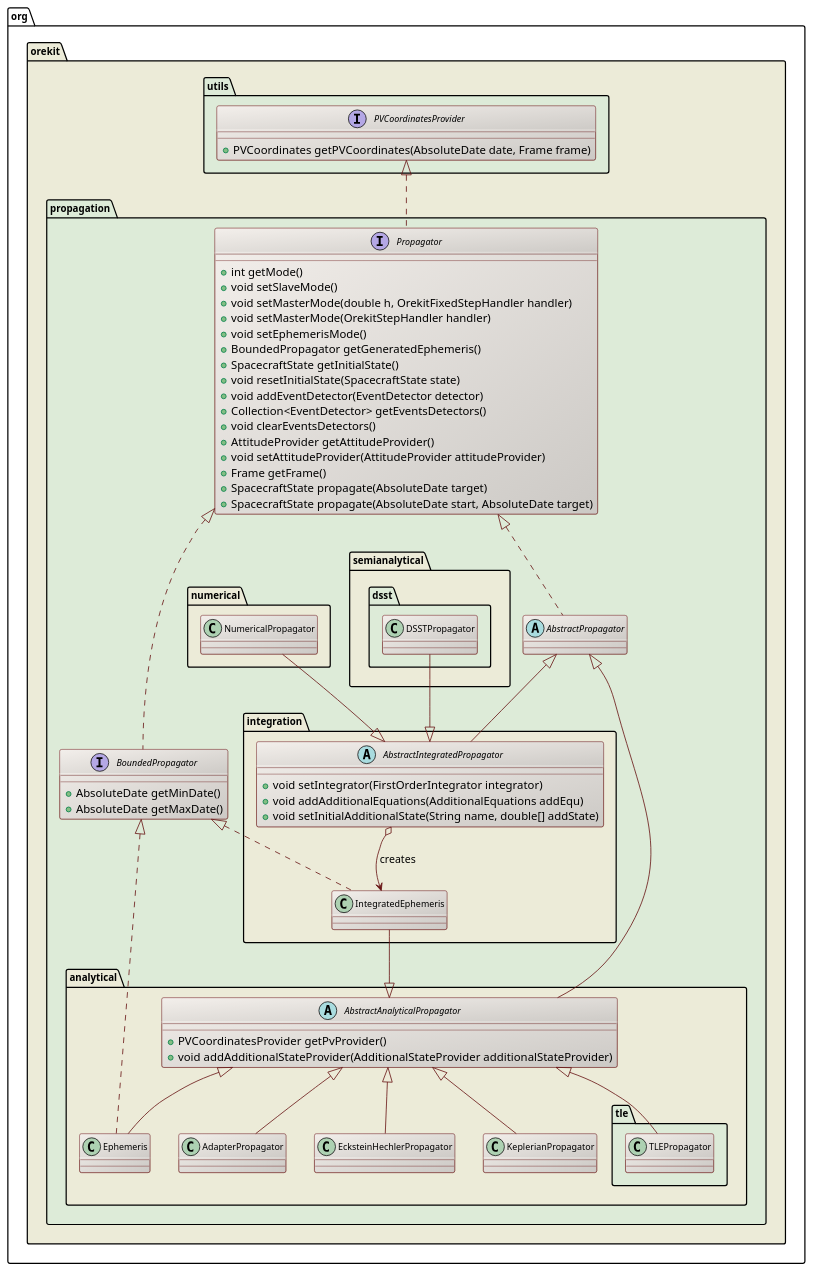
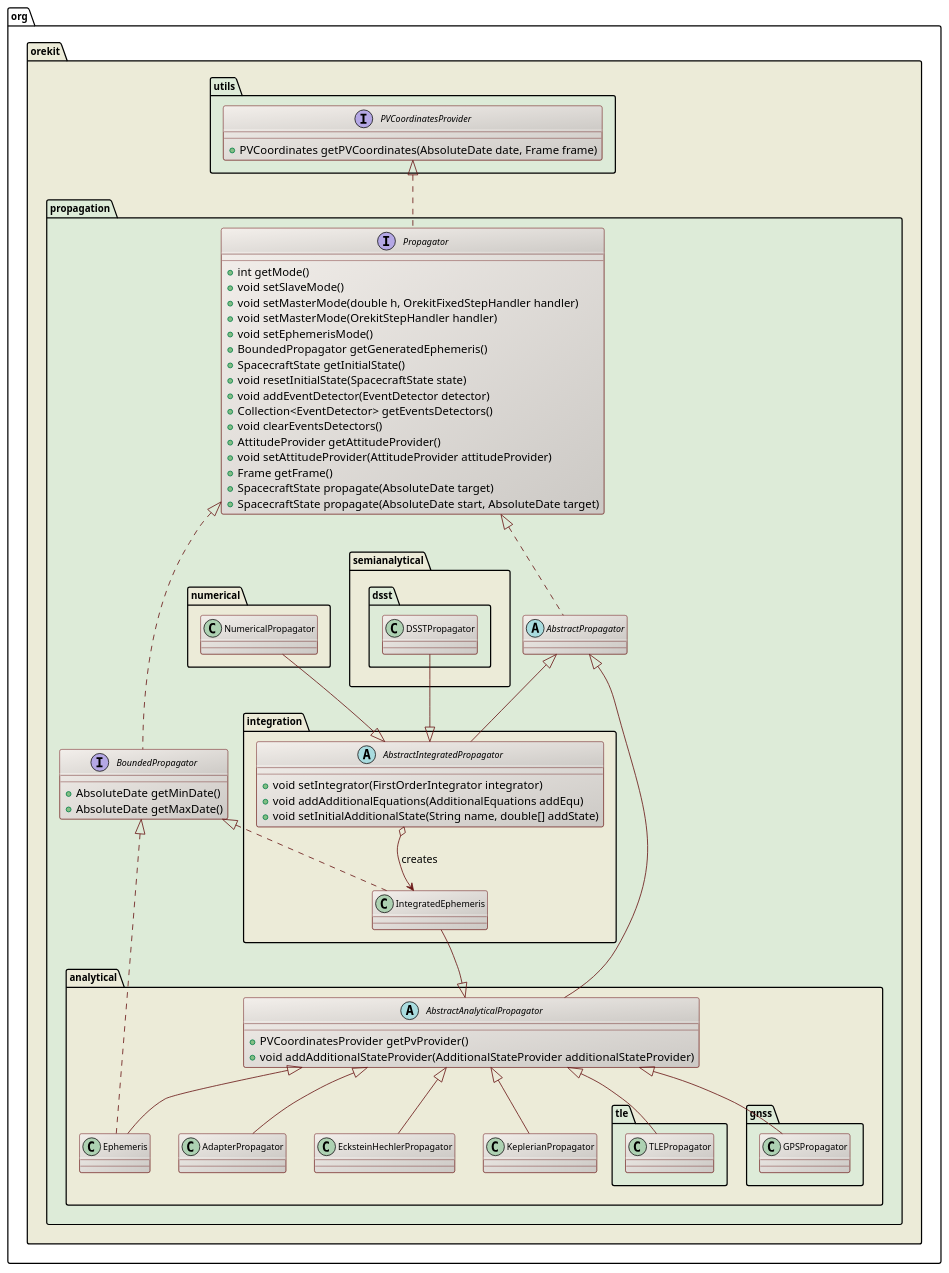
The diagram in src/design/available-propagators-class-diagram.puml (CS-SI/Orekit), drawn with PlantUML before and after one commit. The commit also changed 7 other files, not shown here.

Commit message:
Updated UML diagrams with latest version.

```diff
--- a/src/design/available-propagators-class-diagram.puml
+++ b/src/design/available-propagators-class-diagram.puml
@@ -17,103 +17,107 @@
 @startuml
 
   skinparam svek                  true
   skinparam ClassBackgroundColor  #F3EFEB/CCC9C5
   skinparam ClassArrowColor       #691616
   skinparam ClassBorderColor      #691616
   skinparam NoteBackgroundColor   #F3EFEB
   skinparam NoteBorderColor       #691616
   skinparam NoteFontColor         #691616
   skinparam ClassFontSize         11
   skinparam PackageFontSize       12
 
   package org.orekit #ECEBD8 {
 
     package utils #DDEBD8 {
       interface PVCoordinatesProvider {
         +PVCoordinates getPVCoordinates(AbsoluteDate date, Frame frame)
       }
     }
  
     package propagation #DDEBD8 {
       interface Propagator {
         +int getMode()
         +void setSlaveMode()
         +void setMasterMode(double h, OrekitFixedStepHandler handler)
         +void setMasterMode(OrekitStepHandler handler)
         +void setEphemerisMode()
         +BoundedPropagator getGeneratedEphemeris()
         +SpacecraftState getInitialState()
         +void resetInitialState(SpacecraftState state)
         +void addEventDetector(EventDetector detector)
         +Collection<EventDetector> getEventsDetectors()
         +void clearEventsDetectors()
         +AttitudeProvider getAttitudeProvider()
         +void setAttitudeProvider(AttitudeProvider attitudeProvider)
         +Frame getFrame()
         +SpacecraftState propagate(AbsoluteDate target)
         +SpacecraftState propagate(AbsoluteDate start, AbsoluteDate target)
       }
 
       interface BoundedPropagator {
         +AbsoluteDate getMinDate()
         +AbsoluteDate getMaxDate()
       }
 
       abstract class AbstractPropagator {
       }
 
       PVCoordinatesProvider <|.. Propagator
       Propagator            <|.. AbstractPropagator
       Propagator            <|.. BoundedPropagator
 
       package analytical #ECEBD8 {
 
         abstract class AbstractAnalyticalPropagator {
           +PVCoordinatesProvider getPvProvider()
           +void addAdditionalStateProvider(AdditionalStateProvider additionalStateProvider)
         }
 
         AbstractPropagator           <|-- AbstractAnalyticalPropagator
         AbstractAnalyticalPropagator <|-- AdapterPropagator
         AbstractAnalyticalPropagator <|-- EcksteinHechlerPropagator
         AbstractAnalyticalPropagator <|-- KeplerianPropagator
 
         AbstractAnalyticalPropagator <|-- Ephemeris
         BoundedPropagator            <|.. Ephemeris
 
         package tle #DDEBD8 {
           AbstractAnalyticalPropagator <|-- TLEPropagator
         }
 
+        package gnss #DDEBD8 {
+          AbstractAnalyticalPropagator <|-- GPSPropagator
+        }
+
      }
 
      package integration #ECEBD8 {
 
        abstract class AbstractIntegratedPropagator {
          +void setIntegrator(FirstOrderIntegrator integrator)
          +void addAdditionalEquations(AdditionalEquations addEqu)
          +void setInitialAdditionalState(String name, double[] addState)
        }
 
        BoundedPropagator <|.. IntegratedEphemeris
        IntegratedEphemeris --|> AbstractAnalyticalPropagator
        AbstractIntegratedPropagator o--> IntegratedEphemeris : creates
        AbstractPropagator  <|-- AbstractIntegratedPropagator
 
      }
 
      package semianalytical #ECEBD8 {
 
        package dsst #DDEBD8 {
          DSSTPropagator --|> AbstractIntegratedPropagator
        }
 
      }
 
      package numerical #ECEBD8 {
        NumericalPropagator --|> AbstractIntegratedPropagator
      }
 
    }
 
 @enduml
```
